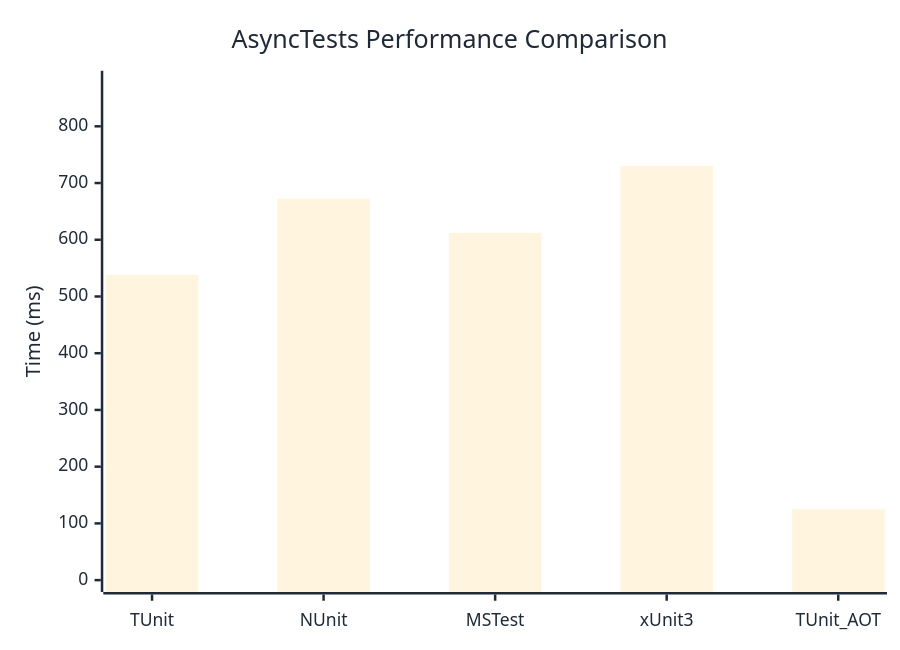
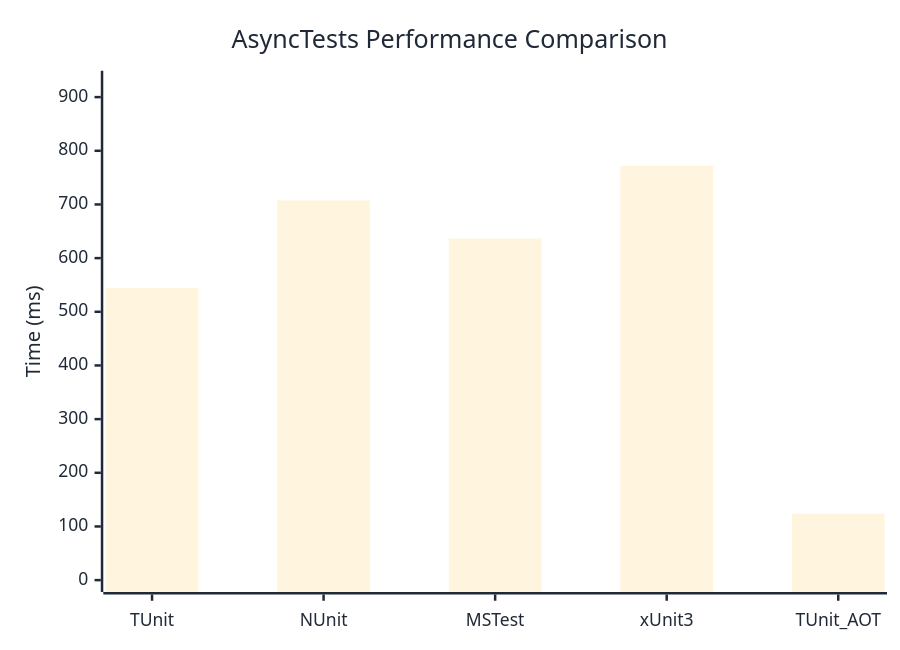
The diagram in docs/docs/benchmarks/AsyncTests.md (weiyilai/TUnit), drawn with Mermaid before and after one commit. The commit also changed other lines of this file and 16 other files, not shown here.

````diff
--- a/docs/docs/benchmarks/AsyncTests.md
+++ b/docs/docs/benchmarks/AsyncTests.md
@@ -27,37 +27,37 @@
 ```mermaid
 %%{init: {
   'theme':'base',
   'themeVariables': {
     'primaryColor': '#2563eb',
     'primaryTextColor': '#1f2937',
     'primaryBorderColor': '#1e40af',
     'lineColor': '#6b7280',
     'secondaryColor': '#7c3aed',
     'tertiaryColor': '#dc2626',
     'background': '#ffffff',
     'mainBkg': '#2563eb',
     'secondBkg': '#7c3aed',
     'tertiaryBkg': '#dc2626',
     'clusterBkg': '#f3f4f6',
     'edgeLabelBackground': '#ffffff',
     'tertiaryTextColor': '#1f2937',
     'pie1': '#2563eb',
     'pie2': '#7c3aed',
     'pie3': '#dc2626',
     'pie4': '#f59e0b',
     'pie5': '#10b981',
     'pie6': '#06b6d4',
     'pie7': '#ec4899',
     'pie8': '#6366f1',
     'pie9': '#84cc16',
     'pie10': '#f97316',
     'pie11': '#14b8a6',
     'pie12': '#a855f7'
   }
 }}%%
 xychart-beta
   title "AsyncTests Performance Comparison"
   x-axis ["TUnit", "NUnit", "MSTest", "xUnit3", "TUnit_AOT"]
-  y-axis "Time (ms)" 0 --> 877
-  bar [538.3, 672.4, 612.1, 730.2, 124.9]
+  y-axis "Time (ms)" 0 --> 927
+  bar [544.4, 707.5, 636.4, 772, 123.4]
 ```
````
